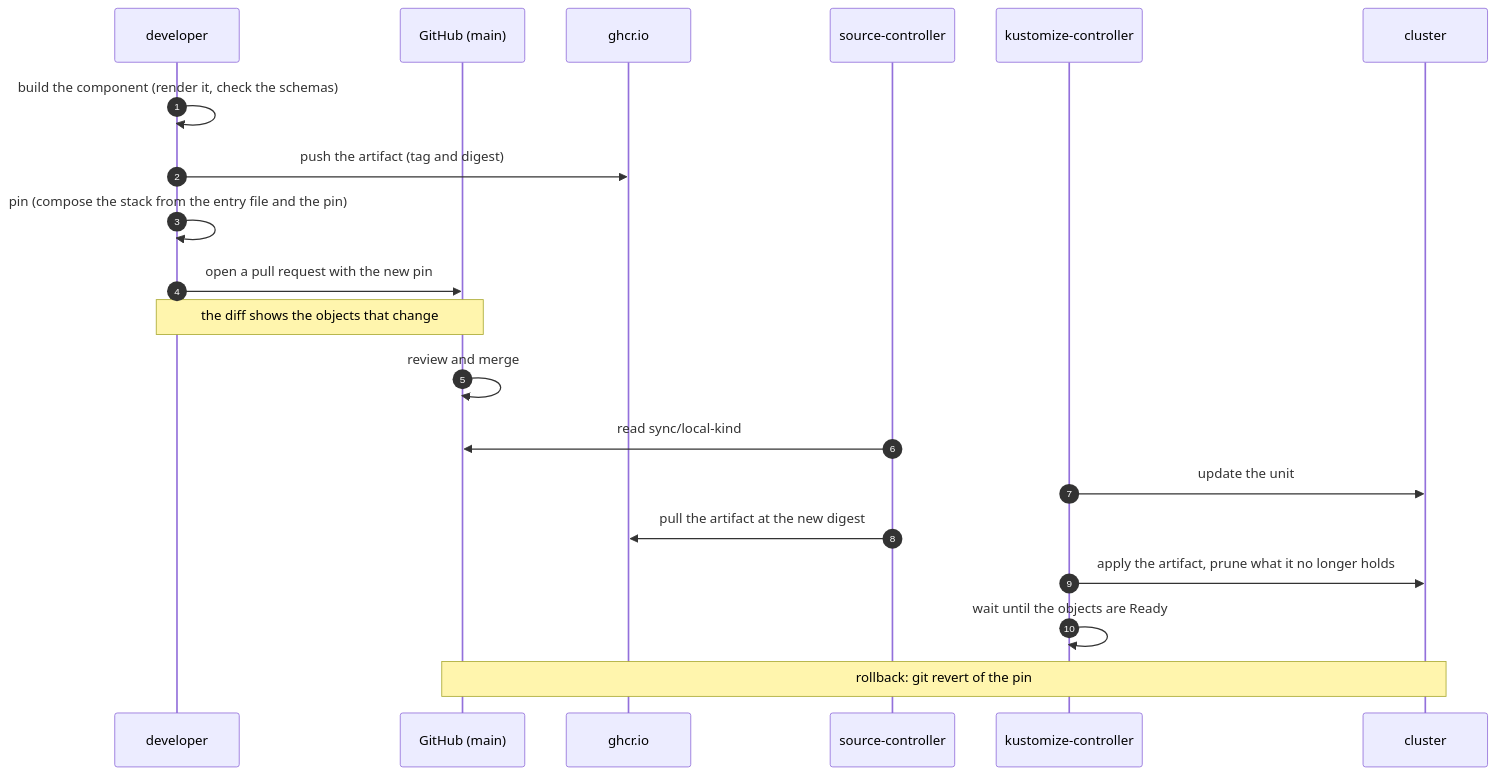
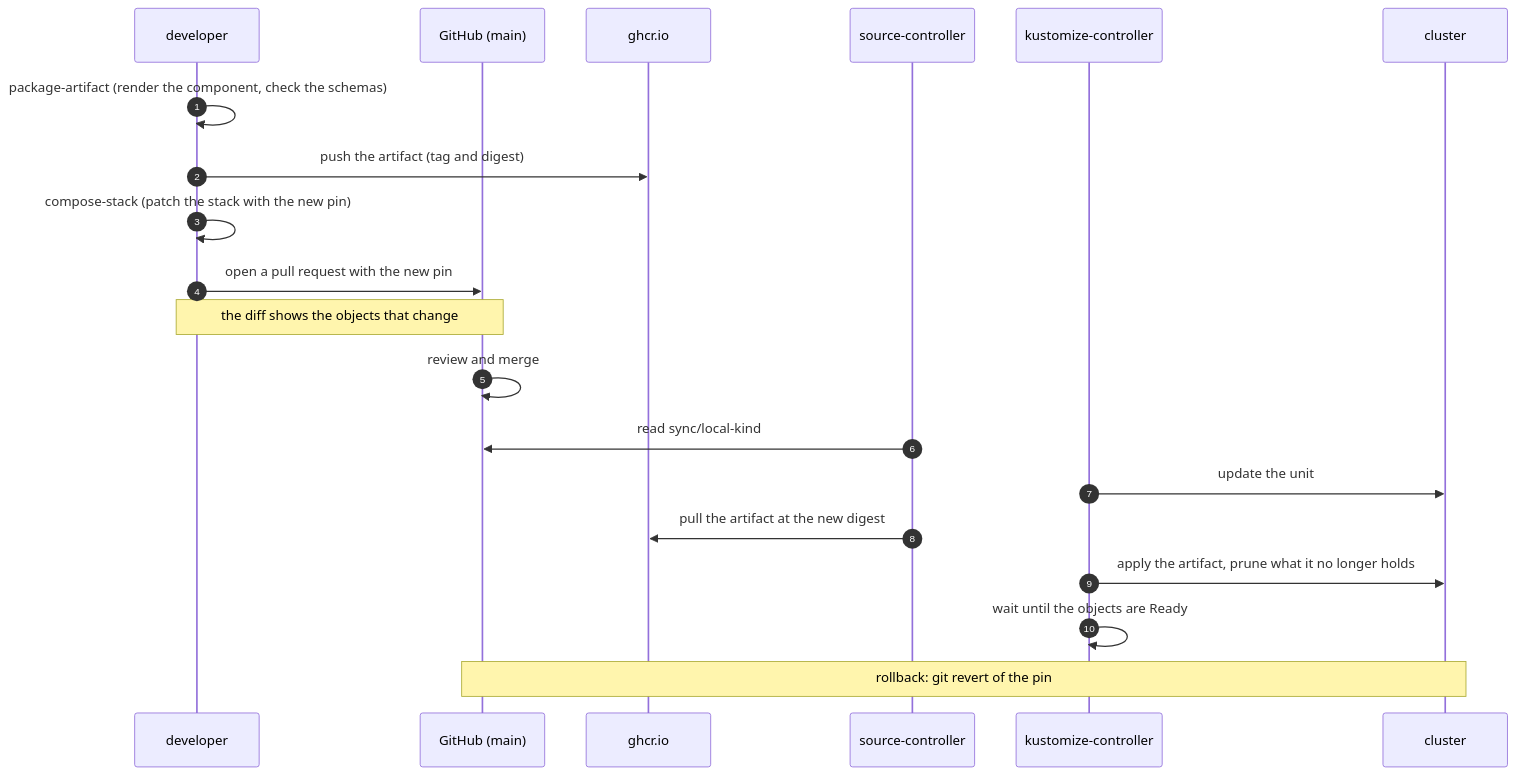
Before and after one commit to raghav19/engineersdaybook: the second of 4 diagrams in code/mcp-sandbox/part-3-mcp-guardrails/docs/orchestration.md, drawn with Mermaid. The commit also changed other lines of this file and 14 other files, not shown here.

First line of the commit message:
Rename build and pin to package-artifact and compose-stack

````diff
--- a/code/mcp-sandbox/part-3-mcp-guardrails/docs/orchestration.md
+++ b/code/mcp-sandbox/part-3-mcp-guardrails/docs/orchestration.md
@@ -68,23 +66,23 @@
 ```mermaid
 sequenceDiagram
     autonumber
     participant D as developer
     participant G as GitHub (main)
     participant R as ghcr.io
     participant S as source-controller
     participant C as kustomize-controller
     participant K as cluster
 
-    D->>D: build the component (render it, check the schemas)
+    D->>D: package-artifact (render the component, check the schemas)
     D->>R: push the artifact (tag and digest)
-    D->>D: pin (compose the stack from the entry file and the pin)
+    D->>D: compose-stack (patch the stack with the new pin)
     D->>G: open a pull request with the new pin
     Note over D,G: the diff shows the objects that change
     G->>G: review and merge
     S->>G: read sync/local-kind
     C->>K: update the unit
     S->>R: pull the artifact at the new digest
     C->>K: apply the artifact, prune what it no longer holds
     C->>C: wait until the objects are Ready
     Note over G,K: rollback: git revert of the pin
 ```
````
